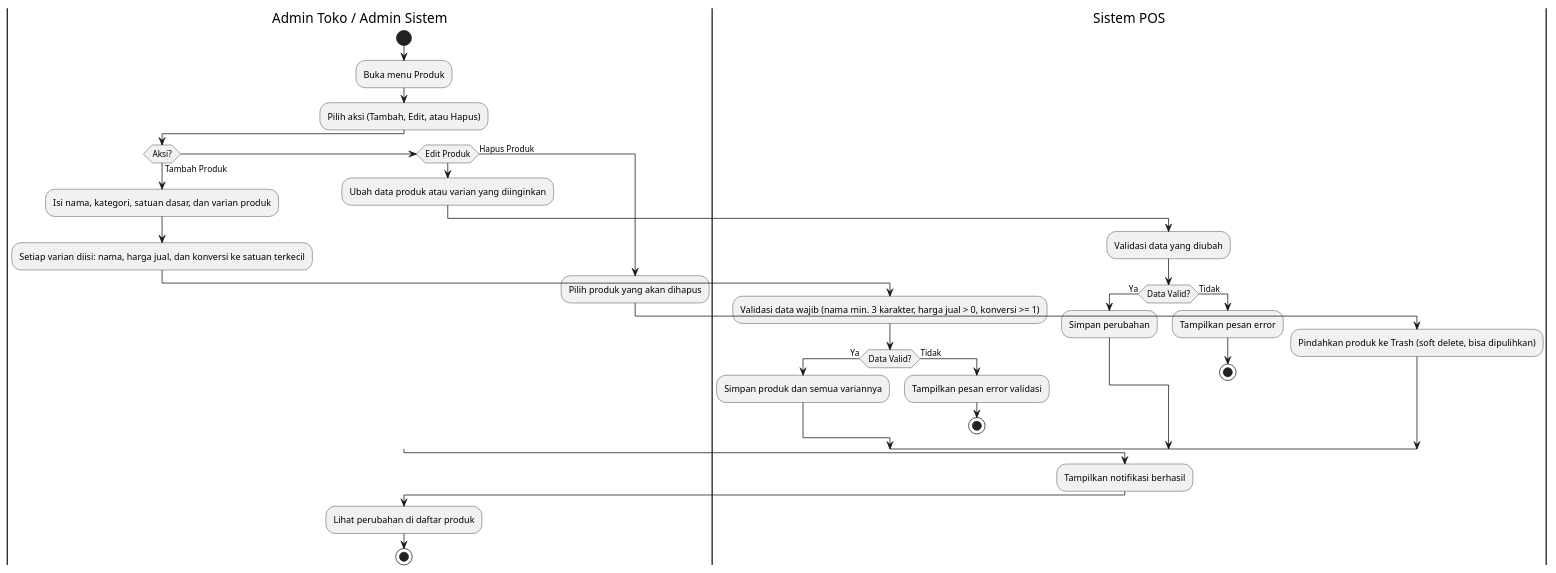
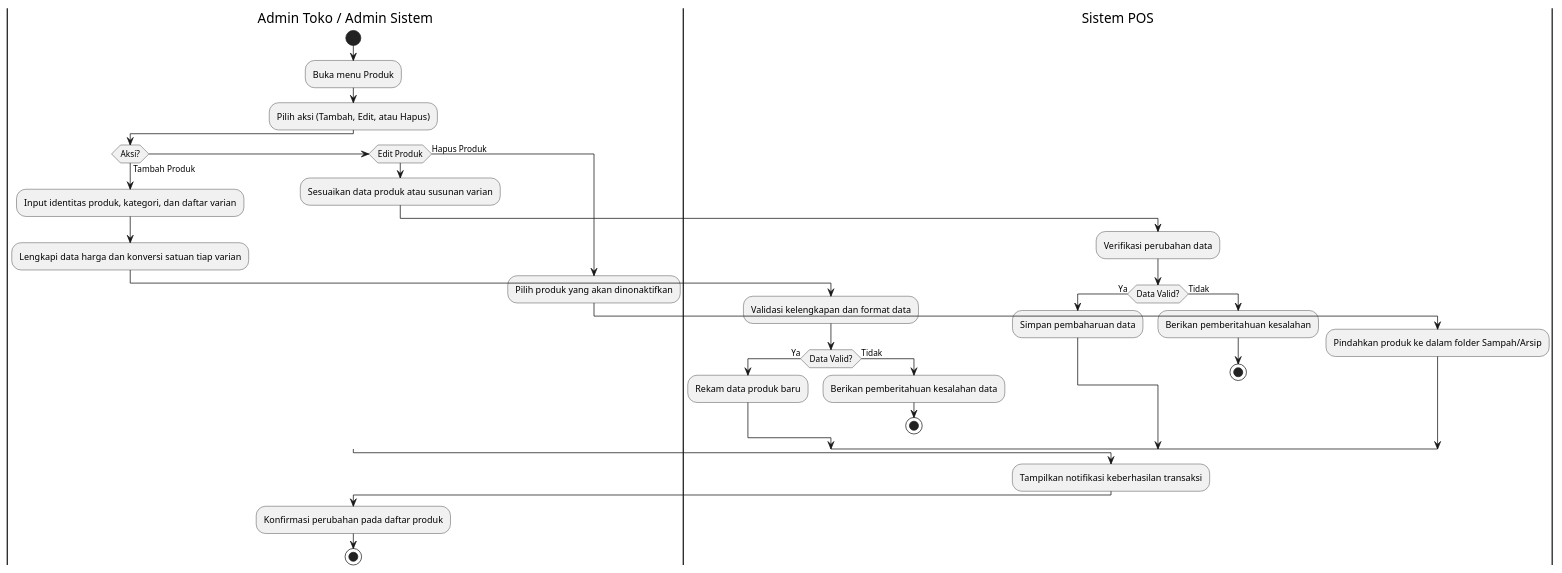
One commit to Aditiarzky/pos-app changed the diagram in docs/uml-activity-product.puml. Above: the diagram before and after it, drawn with PlantUML. The commit also changed 21 other files, not shown here.

```diff
--- a/docs/uml-activity-product.puml
+++ b/docs/uml-activity-product.puml
@@ -1,43 +1,43 @@
 @startuml
 |Admin Toko / Admin Sistem|
 start
 :Buka menu Produk;
 :Pilih aksi (Tambah, Edit, atau Hapus);
 
 if (Aksi?) then (Tambah Produk)
-  :Isi nama, kategori, satuan dasar, dan varian produk;
-  :Setiap varian diisi: nama, harga jual, dan konversi ke satuan terkecil;
+  :Input identitas produk, kategori, dan daftar varian;
+  :Lengkapi data harga dan konversi satuan tiap varian;
   |Sistem POS|
-  :Validasi data wajib (nama min. 3 karakter, harga jual > 0, konversi >= 1);
+  :Validasi kelengkapan dan format data;
   if (Data Valid?) then (Ya)
-    :Simpan produk dan semua variannya;
+    :Rekam data produk baru;
   else (Tidak)
-    :Tampilkan pesan error validasi;
+    :Berikan pemberitahuan kesalahan data;
     stop
   endif
 
 else if (Edit Produk)
   |Admin Toko / Admin Sistem|
-  :Ubah data produk atau varian yang diinginkan;
+  :Sesuaikan data produk atau susunan varian;
   |Sistem POS|
-  :Validasi data yang diubah;
+  :Verifikasi perubahan data;
   if (Data Valid?) then (Ya)
-    :Simpan perubahan;
+    :Simpan pembaharuan data;
   else (Tidak)
-    :Tampilkan pesan error;
+    :Berikan pemberitahuan kesalahan;
     stop
   endif
 
 else (Hapus Produk)
   |Admin Toko / Admin Sistem|
-  :Pilih produk yang akan dihapus;
+  :Pilih produk yang akan dinonaktifkan;
   |Sistem POS|
-  :Pindahkan produk ke Trash (soft delete, bisa dipulihkan);
+  :Pindahkan produk ke dalam folder Sampah/Arsip;
 endif
 
 |Sistem POS|
-:Tampilkan notifikasi berhasil;
+:Tampilkan notifikasi keberhasilan transaksi;
 |Admin Toko / Admin Sistem|
-:Lihat perubahan di daftar produk;
+:Konfirmasi perubahan pada daftar produk;
 stop
 @enduml
```
